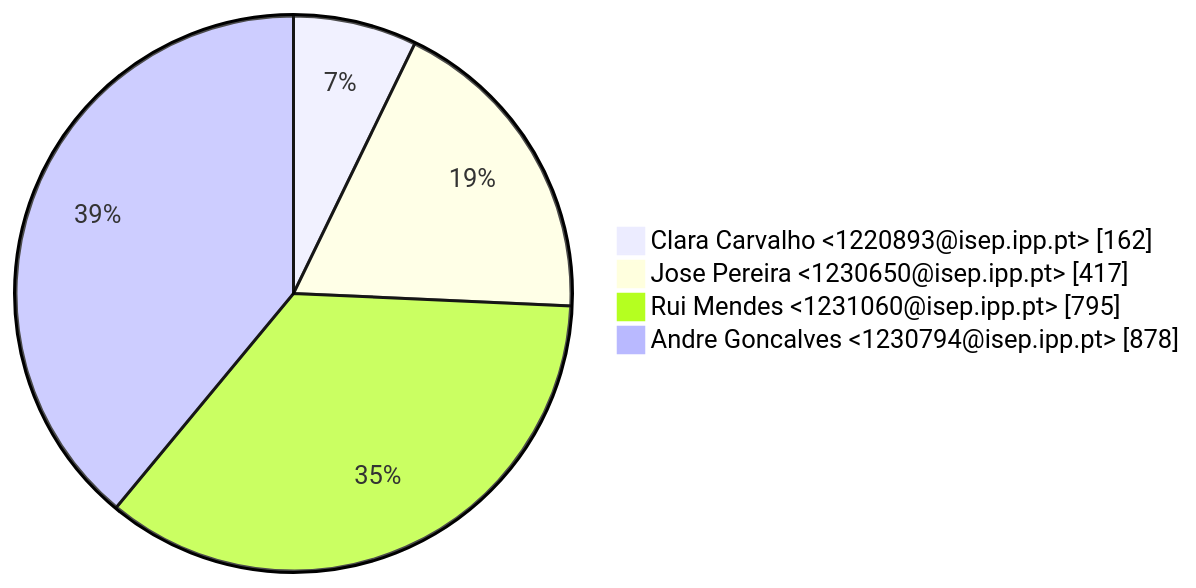
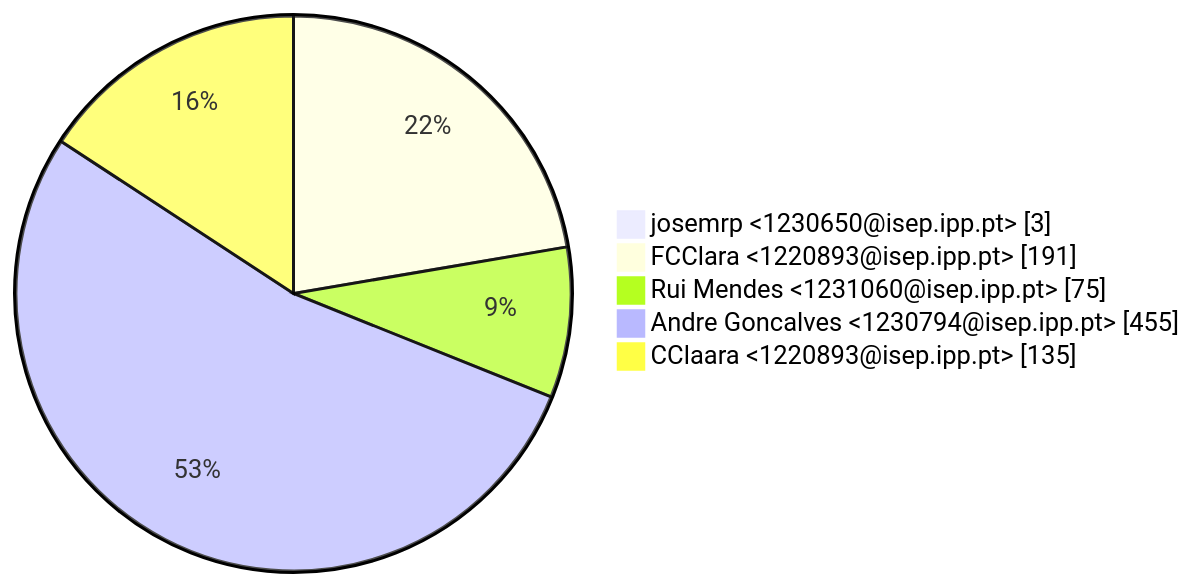
Before and after one commit to RacoonOverFlow/LSIS1_Grupo4: the second of 3 diagrams in GitAnalysis/Sprint_1/Contributions.md, drawn with Mermaid. The commit also changed other lines of this file and 1 other file, not shown here.

````diff
--- a/GitAnalysis/Sprint_1/Contributions.md
+++ b/GitAnalysis/Sprint_1/Contributions.md
@@ -19,7 +21,8 @@
 ```mermaid
 pie showData
-    " Clara Carvalho <1220893@isep.ipp.pt>" : 162
-    " Jose Pereira <1230650@isep.ipp.pt>" : 417
-    " Rui Mendes <1231060@isep.ipp.pt>" : 795
-    " Andre Goncalves <1230794@isep.ipp.pt>" : 878
+    " josemrp <1230650@isep.ipp.pt>" : 3
+    " FCClara <1220893@isep.ipp.pt>" : 191
+    " Rui Mendes <1231060@isep.ipp.pt>" : 75
+    " Andre Goncalves <1230794@isep.ipp.pt>" : 455
+    " CClaara <1220893@isep.ipp.pt>" : 135
 ```
````
